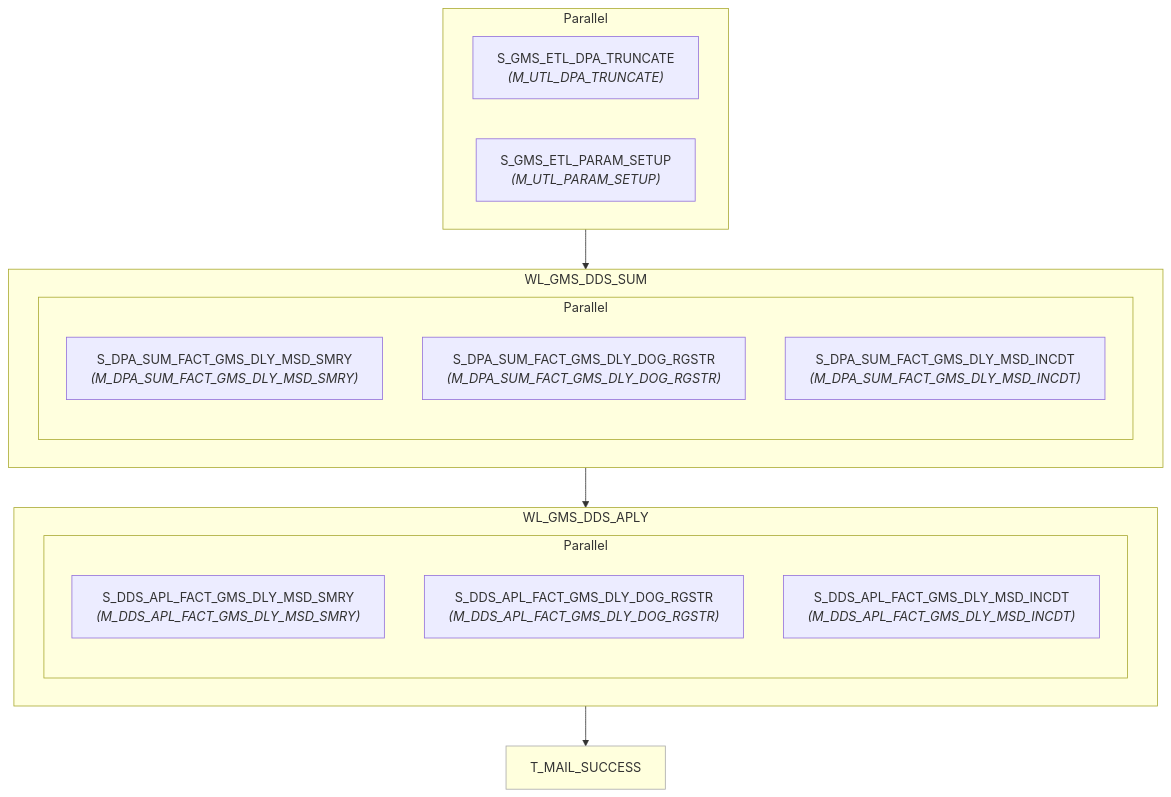
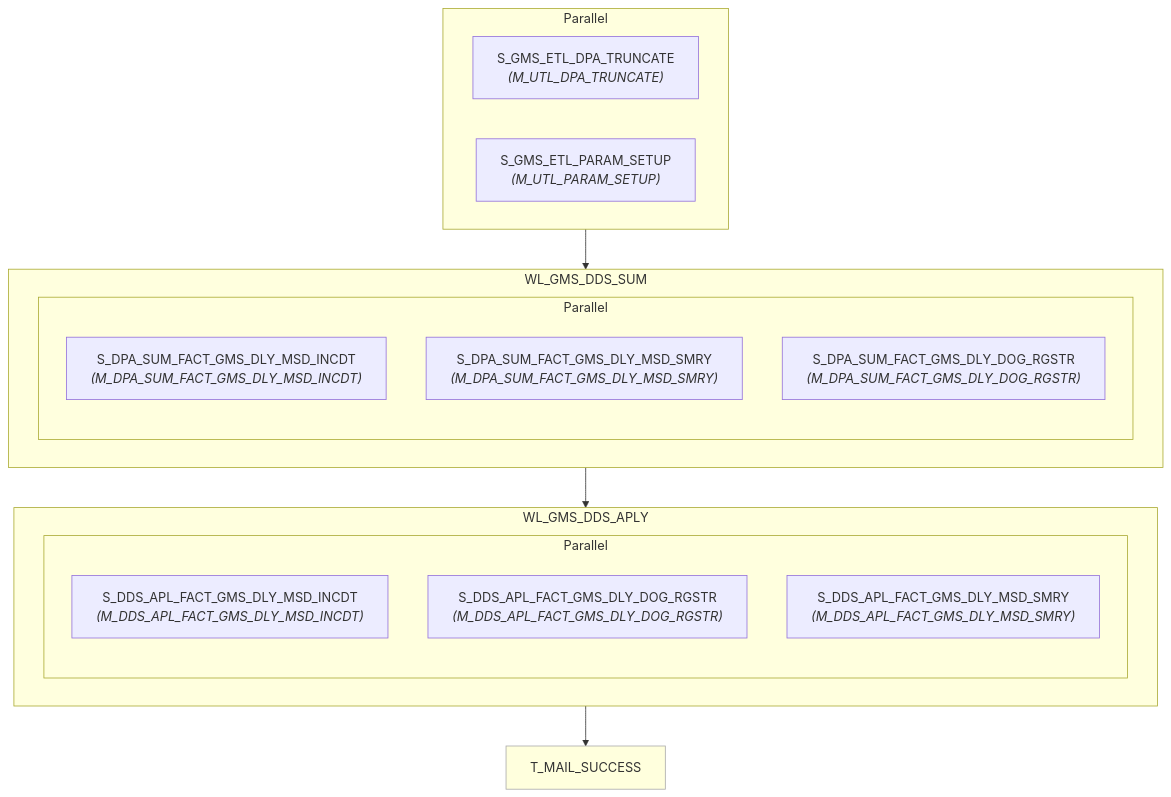
Before and after one commit to asl-adamxu/informatica-sparker-poc: the diagram in informatica/PySpark_workflows/dds/WF_GMS_DDS_APLY_DLY/wf_gms_dds_aply_dly.md, drawn with Mermaid. The commit also changed 159 other files, not shown here.

````diff
--- a/informatica/PySpark_workflows/dds/WF_GMS_DDS_APLY_DLY/wf_gms_dds_aply_dly.md
+++ b/informatica/PySpark_workflows/dds/WF_GMS_DDS_APLY_DLY/wf_gms_dds_aply_dly.md
@@ -7,34 +7,34 @@
 ```mermaid
 flowchart TD
     n1["S_GMS_ETL_DPA_TRUNCATE<br/><i>(M_UTL_DPA_TRUNCATE)</i>"]
     n2["S_GMS_ETL_PARAM_SETUP<br/><i>(M_UTL_PARAM_SETUP)</i>"]
     subgraph pg3[Parallel]
         n1
         n2
     end
     subgraph wkl4["WL_GMS_DDS_SUM"]
-    n5["S_DPA_SUM_FACT_GMS_DLY_MSD_SMRY<br/><i>(M_DPA_SUM_FACT_GMS_DLY_MSD_SMRY)</i>"]
-    n6["S_DPA_SUM_FACT_GMS_DLY_DOG_RGSTR<br/><i>(M_DPA_SUM_FACT_GMS_DLY_DOG_RGSTR)</i>"]
-    n7["S_DPA_SUM_FACT_GMS_DLY_MSD_INCDT<br/><i>(M_DPA_SUM_FACT_GMS_DLY_MSD_INCDT)</i>"]
+    n5["S_DPA_SUM_FACT_GMS_DLY_MSD_INCDT<br/><i>(M_DPA_SUM_FACT_GMS_DLY_MSD_INCDT)</i>"]
+    n6["S_DPA_SUM_FACT_GMS_DLY_MSD_SMRY<br/><i>(M_DPA_SUM_FACT_GMS_DLY_MSD_SMRY)</i>"]
+    n7["S_DPA_SUM_FACT_GMS_DLY_DOG_RGSTR<br/><i>(M_DPA_SUM_FACT_GMS_DLY_DOG_RGSTR)</i>"]
     subgraph pg8[Parallel]
         n5
         n6
         n7
     end
     end
     subgraph wkl9["WL_GMS_DDS_APLY"]
-    n10["S_DDS_APL_FACT_GMS_DLY_MSD_SMRY<br/><i>(M_DDS_APL_FACT_GMS_DLY_MSD_SMRY)</i>"]
+    n10["S_DDS_APL_FACT_GMS_DLY_MSD_INCDT<br/><i>(M_DDS_APL_FACT_GMS_DLY_MSD_INCDT)</i>"]
     n11["S_DDS_APL_FACT_GMS_DLY_DOG_RGSTR<br/><i>(M_DDS_APL_FACT_GMS_DLY_DOG_RGSTR)</i>"]
-    n12["S_DDS_APL_FACT_GMS_DLY_MSD_INCDT<br/><i>(M_DDS_APL_FACT_GMS_DLY_MSD_INCDT)</i>"]
+    n12["S_DDS_APL_FACT_GMS_DLY_MSD_SMRY<br/><i>(M_DDS_APL_FACT_GMS_DLY_MSD_SMRY)</i>"]
     subgraph pg13[Parallel]
         n10
         n11
         n12
     end
     end
     n14["T_MAIL_SUCCESS"]
     style n14 fill:#ffd,stroke:#aaa,stroke-width:1px
     pg3 --> wkl4
     wkl4 --> wkl9
     wkl9 --> n14
 ```
````
